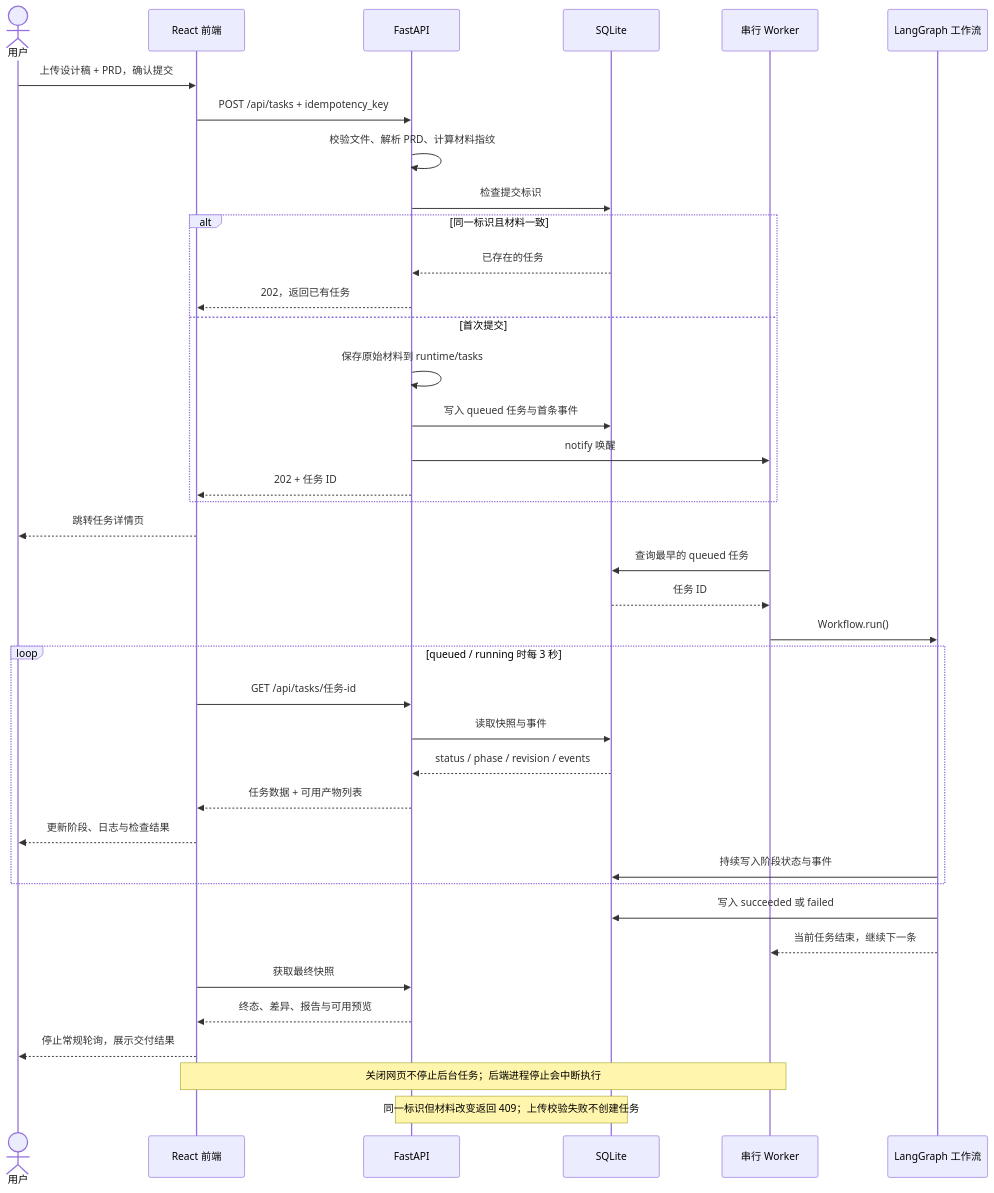
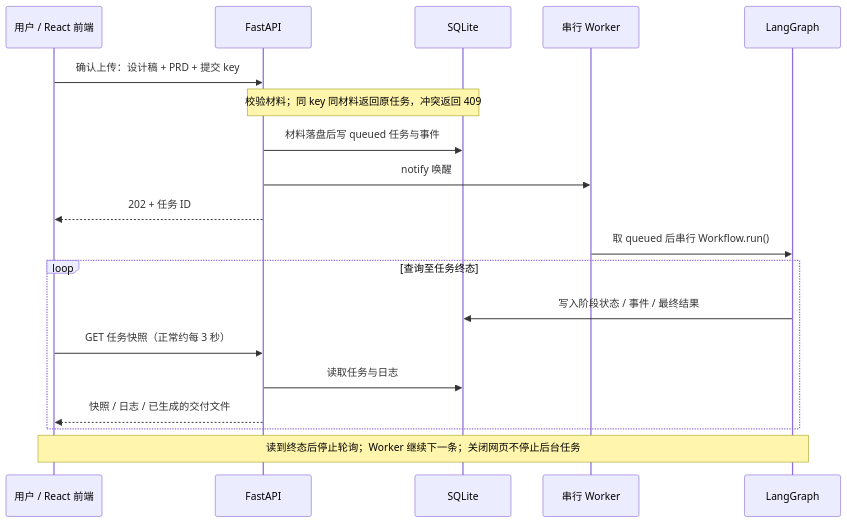
One commit to BruceZM/design-agent-mvp changed the diagram in docs/flows/sources/02-sequence.mmd. Above: the diagram before and after it, drawn with Mermaid. The commit also changed 18 other files, not shown here.

Commit message:
Fit diagrams to screen and focus Agent execution guide

```diff
--- a/docs/flows/sources/02-sequence.mmd
+++ b/docs/flows/sources/02-sequence.mmd
@@ -1,41 +1,21 @@
 sequenceDiagram
-    accTitle: 从上传到后台交付的任务时序
-    accDescr: 提交请求返回任务 ID 后，Worker 独立执行；前端每三秒读取 SQLite 快照，结束后查看差异、报告和预览。
-    actor U as 用户
-    participant F as React 前端
+    accTitle: 上传、后台执行与 HTTP 轮询
+    accDescr: 新提交持久化后唤醒 Worker 并返回 202；Worker 串行运行工作流，前端轮询状态。提交 key 支持幂等重试。
+    participant F as 用户 / React 前端
     participant A as FastAPI
     participant S as SQLite
     participant W as 串行 Worker
-    participant G as LangGraph 工作流
-    U->>F: 上传设计稿 + PRD，确认提交
-    F->>A: POST /api/tasks + idempotency_key
-    A->>A: 校验文件、解析 PRD、计算材料指纹
-    A->>S: 检查提交标识
-    alt 同一标识且材料一致
-        S-->>A: 已存在的任务
-        A-->>F: 202，返回已有任务
-    else 首次提交
-        A->>A: 保存原始材料到 runtime/tasks
-        A->>S: 写入 queued 任务与首条事件
-        A->>W: notify 唤醒
-        A-->>F: 202 + 任务 ID
+    participant G as LangGraph
+    F->>A: 确认上传：设计稿 + PRD + 提交 key
+    Note over A,S: 校验材料；同 key 同材料返回原任务，冲突返回 409
+    A->>S: 材料落盘后写 queued 任务与事件
+    A->>W: notify 唤醒
+    A-->>F: 202 + 任务 ID
+    W->>G: 取 queued 后串行 Workflow.run()
+    loop 查询至任务终态
+        G->>S: 写入阶段状态 / 事件 / 最终结果
+        F->>A: GET 任务快照（正常约每 3 秒）
+        A->>S: 读取任务与日志
+        A-->>F: 快照 / 日志 / 已生成的交付文件
     end
-    F-->>U: 跳转任务详情页
-    W->>S: 查询最早的 queued 任务
-    S-->>W: 任务 ID
-    W->>G: Workflow.run()
-    loop queued / running 时每 3 秒
-        F->>A: GET /api/tasks/任务-id
-        A->>S: 读取快照与事件
-        S-->>A: status / phase / revision / events
-        A-->>F: 任务数据 + 可用产物列表
-        F-->>U: 更新阶段、日志与检查结果
-        G->>S: 持续写入阶段状态与事件
-    end
-    G->>S: 写入 succeeded 或 failed
-    G-->>W: 当前任务结束，继续下一条
-    F->>A: 获取最终快照
-    A-->>F: 终态、差异、报告与可用预览
-    F-->>U: 停止常规轮询，展示交付结果
-    Note over F,W: 关闭网页不停止后台任务；后端进程停止会中断执行
-    Note over A,S: 同一标识但材料改变返回 409；上传校验失败不创建任务
+    Note over F,G: 读到终态后停止轮询；Worker 继续下一条；关闭网页不停止后台任务
```
